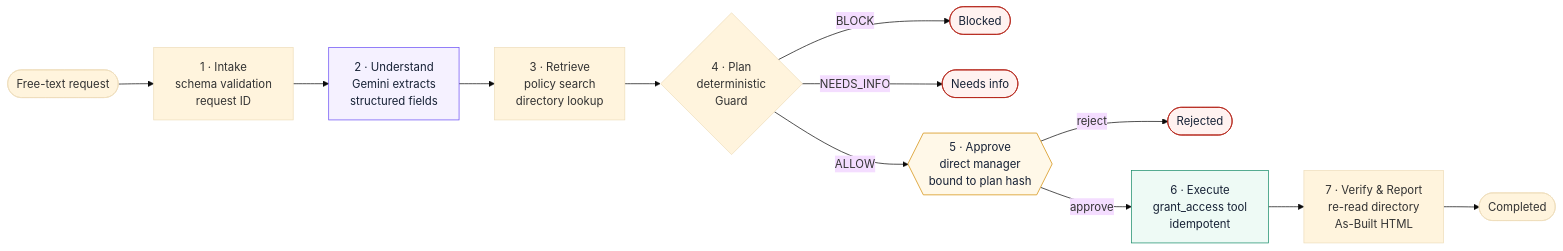
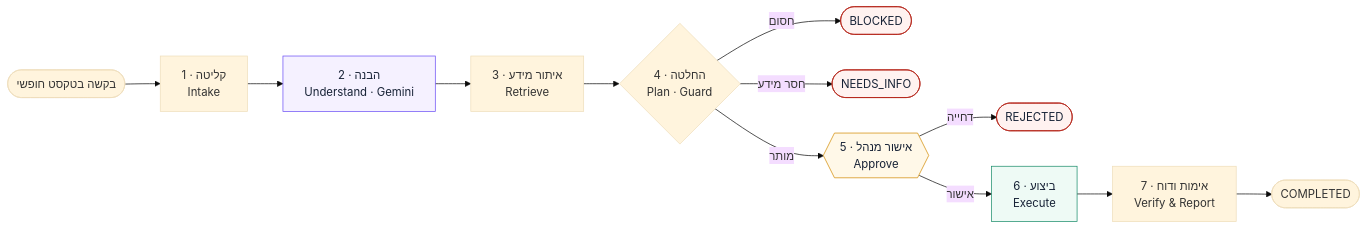
One commit to ofriimor/access-request-assistant changed the first of 3 diagrams in README.md. Above: the diagram before and after it, drawn with Mermaid (base theme). The commit also changed other lines of this file, not shown here.

Commit message:
README in Hebrew with right-to-left layout and flow diagrams

````diff
--- a/README.md
+++ b/README.md
@@ -40,23 +44,23 @@
 ```mermaid
 flowchart LR
-    A([Free-text request]) --> B[1 · Intake<br/>schema validation<br/>request ID]
-    B --> C[2 · Understand<br/>Gemini extracts<br/>structured fields]
-    C --> D[3 · Retrieve<br/>policy search<br/>directory lookup]
-    D --> E{4 · Plan<br/>deterministic<br/>Guard}
-    E -- BLOCK --> X([Blocked])
-    E -- NEEDS_INFO --> Y([Needs info])
-    E -- ALLOW --> F{{5 · Approve<br/>direct manager<br/>bound to plan hash}}
-    F -- reject --> Z([Rejected])
-    F -- approve --> G[6 · Execute<br/>grant_access tool<br/>idempotent]
-    G --> H[7 · Verify & Report<br/>re-read directory<br/>As-Built HTML]
-    H --> I([Completed])
+    A([בקשה בטקסט חופשי]) --> B["1 · קליטה<br/>Intake"]
+    B --> C["2 · הבנה<br/>Understand · Gemini"]
+    C --> D["3 · איתור מידע<br/>Retrieve"]
+    D --> E{"4 · החלטה<br/>Plan · Guard"}
+    E -- חסום --> X([BLOCKED])
+    E -- חסר מידע --> Y([NEEDS_INFO])
+    E -- מותר --> F{{"5 · אישור מנהל<br/>Approve"}}
+    F -- דחייה --> Z([REJECTED])
+    F -- אישור --> G["6 · ביצוע<br/>Execute"]
+    G --> H["7 · אימות ודוח<br/>Verify & Report"]
+    H --> I([COMPLETED])
 
     classDef llm fill:#f5f1ff,stroke:#6a4df5,color:#172236
     classDef human fill:#fff8e8,stroke:#d28a00,color:#172236
     classDef action fill:#eefaf5,stroke:#168b68,color:#172236
     classDef stop fill:#fff2f0,stroke:#b42318,color:#172236
     class C llm
     class F human
     class G action
     class X,Y,Z stop
 ```
````
